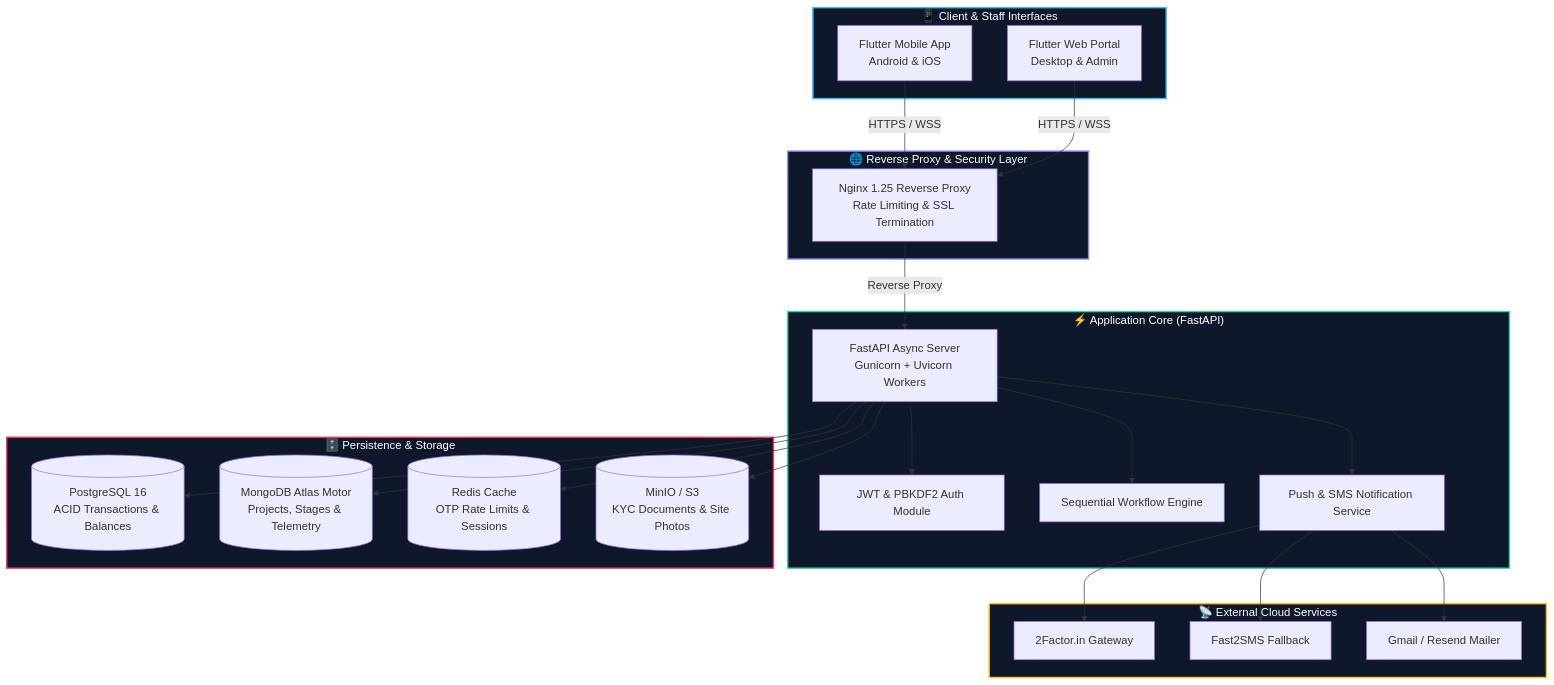
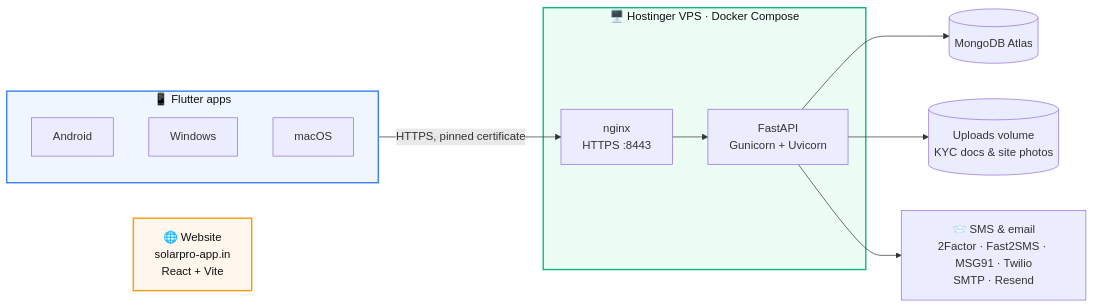
One commit to rightads/Solar-Mobile-App changed the second of 2 diagrams in README.md. Above: the diagram before and after it, drawn with Mermaid. The commit also changed other lines of this file and 20 other files, not shown here.

````diff
--- a/README.md
+++ b/README.md
@@ -168,46 +209,28 @@
 ```mermaid
-flowchart TD
-    subgraph Clients["📱 Client & Staff Interfaces"]
-        FA[Flutter Mobile App<br/>Android & iOS]
-        FW[Flutter Web Portal<br/>Desktop & Admin]
+flowchart LR
+    subgraph Apps["📱 Flutter apps"]
+        AND["Android"]
+        WIN["Windows"]
+        MAC["macOS"]
+    end
+    WEB["🌐 Website<br/>solarpro-app.in<br/>React + Vite"]
+
+    subgraph VPS["🖥️ Hostinger VPS · Docker Compose"]
+        NGX["nginx<br/>HTTPS :8443"]
+        API["FastAPI<br/>Gunicorn + Uvicorn"]
     end
 
-    subgraph Gateway["🌐 Reverse Proxy & Security Layer"]
-        NGX[Nginx 1.25 Reverse Proxy<br/>Rate Limiting & SSL Termination]
-    end
+    DB[("MongoDB Atlas")]
+    FILES[("Uploads volume<br/>KYC docs & site photos")]
+    MSG["📨 SMS & email<br/>2Factor · Fast2SMS · MSG91 · Twilio<br/>SMTP · Resend"]
 
-    subgraph BackendApp["⚡ Application Core (FastAPI)"]
-        FAP[FastAPI Async Server<br/>Gunicorn + Uvicorn Workers]
-        AUTH[JWT & PBKDF2 Auth Module]
-        WF[Sequential Workflow Engine]
-        NOTIF[Push & SMS Notification Service]
-    end
+    Apps -- "HTTPS, pinned certificate" --> NGX
+    NGX --> API
+    API --> DB
+    API --> FILES
+    API --> MSG
 
-    subgraph Gateways["📡 External Cloud Services"]
-        SMS1[2Factor.in Gateway]
-        SMS2[Fast2SMS Fallback]
-        SMTP[Gmail / Resend Mailer]
-    end
-
-    subgraph DataStorage["🗄️ Persistence & Storage"]
-        PG[(PostgreSQL 16<br/>ACID Transactions & Balances)]
-        MG[(MongoDB Atlas Motor<br/>Projects, Stages & Telemetry)]
-        RD[(Redis Cache<br/>OTP Rate Limits & Sessions)]
-        S3[(MinIO / S3<br/>KYC Documents & Site Photos)]
-    end
-
-    FA & FW -->|HTTPS / WSS| NGX
-    NGX -->|Reverse Proxy| FAP
-    FAP --> AUTH & WF & NOTIF
-    NOTIF --> SMS1 & SMS2 & SMTP
-    FAP --> PG
-    FAP --> MG
-    FAP --> RD
-    FAP --> S3
-
-    style Clients fill:#0f172a,stroke:#38bdf8,stroke-width:2px,color:#fff
-    style Gateway fill:#0f172a,stroke:#818cf8,stroke-width:2px,color:#fff
-    style BackendApp fill:#0f172a,stroke:#34d399,stroke-width:2px,color:#fff
-    style Gateways fill:#0f172a,stroke:#fbbf24,stroke-width:2px,color:#fff
-    style DataStorage fill:#0f172a,stroke:#f43f5e,stroke-width:2px,color:#fff
+    style Apps fill:#eff6ff,stroke:#3b82f6,stroke-width:2px,color:#111
+    style VPS fill:#ecfdf5,stroke:#10b981,stroke-width:2px,color:#111
+    style WEB fill:#fff7ed,stroke:#f59e0b,stroke-width:2px,color:#111
 ```
````
